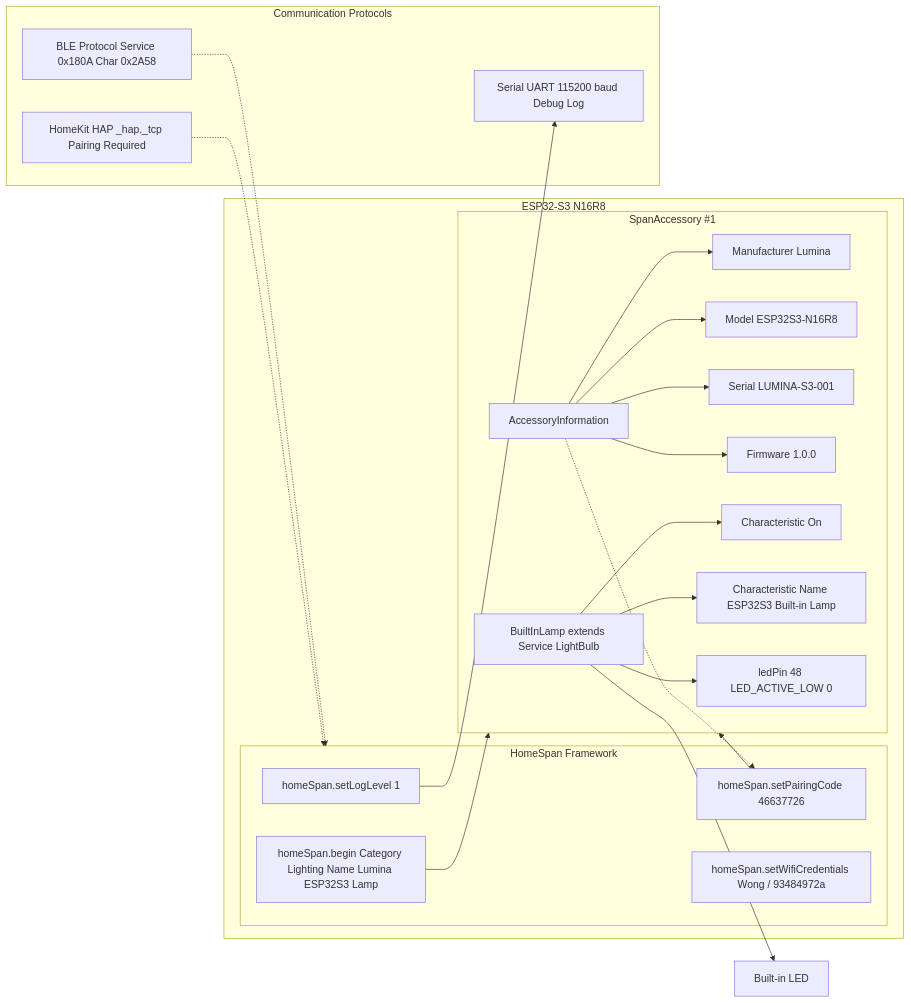
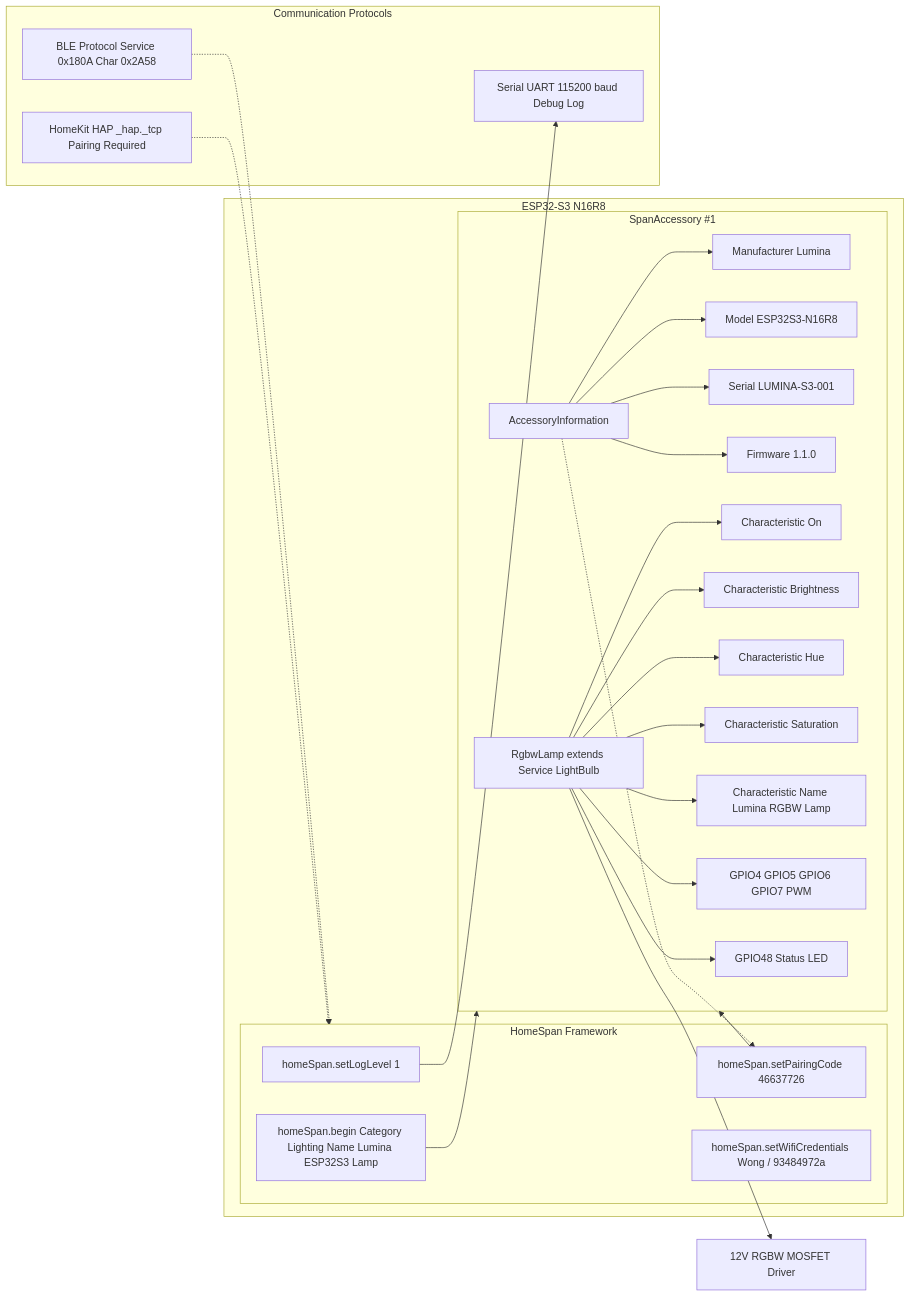
One commit to IoTSolutionSmartCity/Lumina changed the fourth of 5 diagrams in README.md. Above: the diagram before and after it, drawn with Mermaid. The commit also changed other lines of this file and 2 other files, not shown here.

````diff
--- a/README.md
+++ b/README.md
@@ -245,39 +249,43 @@
 ```mermaid
 graph LR
     subgraph ESP32["ESP32-S3 N16R8"]
         subgraph HomeSpan["HomeSpan Framework"]
             HS_START[homeSpan.begin Category Lighting Name Lumina ESP32S3 Lamp]
             HS_PAIR[homeSpan.setPairingCode 46637726]
             HS_WIFI[homeSpan.setWifiCredentials Wong / 93484972a]
             HS_LOG[homeSpan.setLogLevel 1]
         end
 
         subgraph Accessory["SpanAccessory #1"]
             AI[AccessoryInformation]
             AI --> MFR[Manufacturer Lumina]
             AI --> MODEL[Model ESP32S3-N16R8]
             AI --> SERIAL[Serial LUMINA-S3-001]
-            AI --> FW[Firmware 1.0.0]
+            AI --> FW[Firmware 1.1.0]
 
-            LB[BuiltInLamp extends Service LightBulb]
+            LB[RgbwLamp extends Service LightBulb]
             LB --> POWER[Characteristic On]
-            LB --> NAME[Characteristic Name ESP32S3 Built-in Lamp]
-            LB --> PIN[ledPin 48 LED_ACTIVE_LOW 0]
+            LB --> BRIGHT[Characteristic Brightness]
+            LB --> HUE[Characteristic Hue]
+            LB --> SAT[Characteristic Saturation]
+            LB --> NAME[Characteristic Name Lumina RGBW Lamp]
+            LB --> PWM[GPIO4 GPIO5 GPIO6 GPIO7 PWM]
+            LB --> STATUS[GPIO48 Status LED]
         end
 
         HS_START --> Accessory
         HS_PAIR --> Accessory
         AI -.-> HS_PAIR
     end
 
     subgraph Protocol["Communication Protocols"]
         BLE_P[BLE Protocol Service 0x180A Char 0x2A58]
         HK_P[HomeKit HAP _hap._tcp Pairing Required]
         UART_P[Serial UART 115200 baud Debug Log]
     end
 
-    LB --> LED_P[Built-in LED]
+    LB --> LED_P[12V RGBW MOSFET Driver]
     HS_LOG --> UART_P
     BLE_P -.-> HomeSpan
     HK_P -.-> HomeSpan
 ```
````
